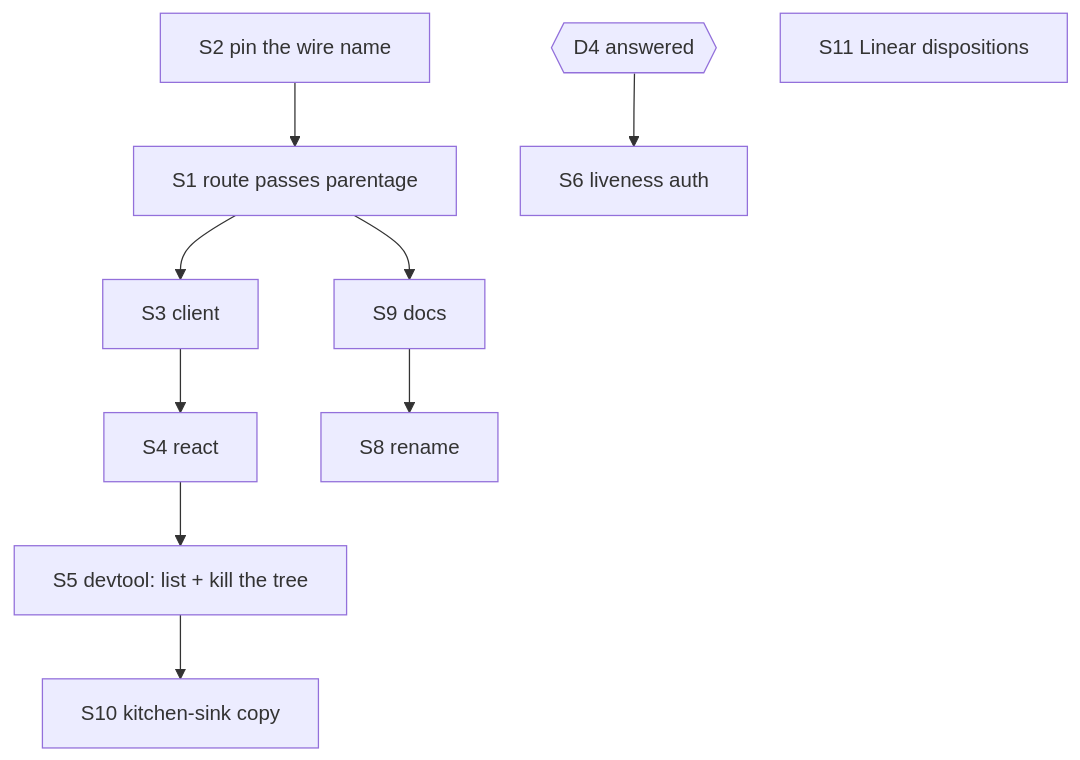
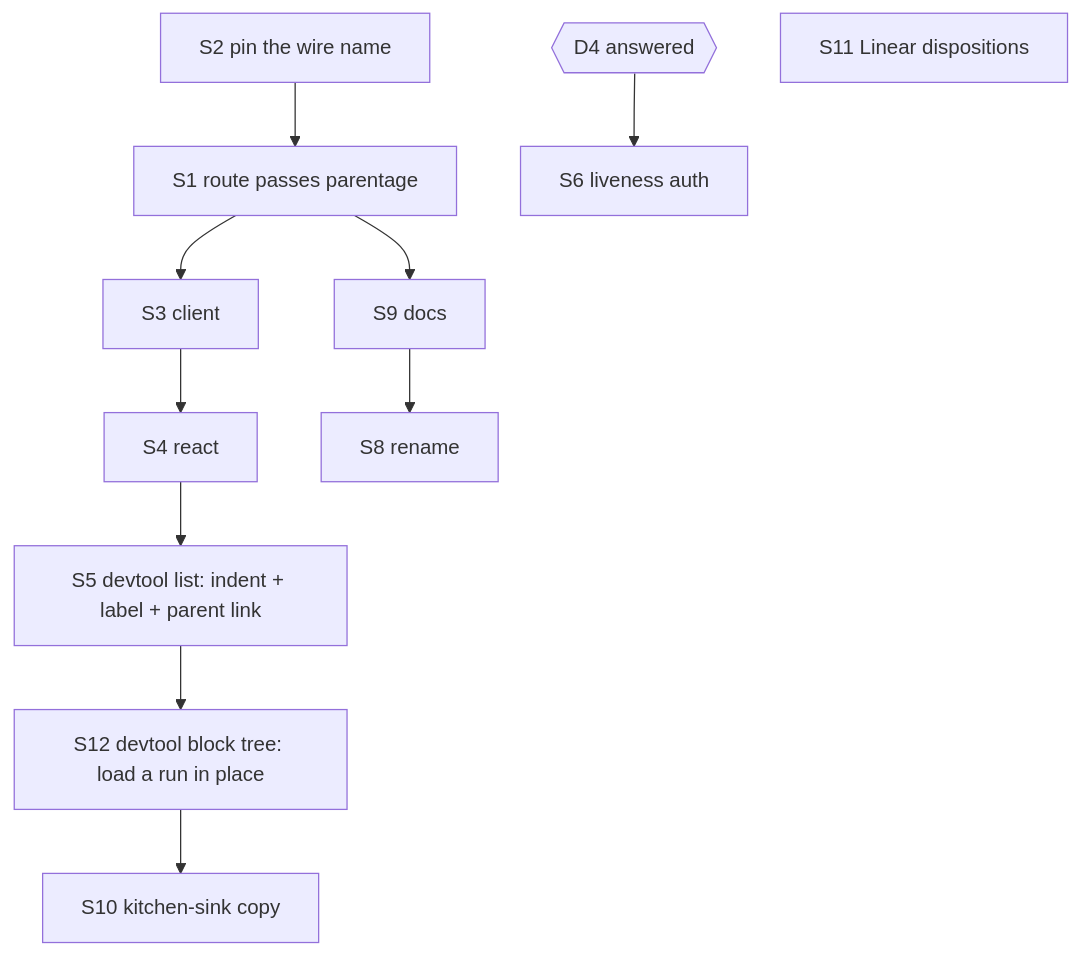
Before and after one commit to fixpoint-labs/flow-state-dev: the diagram in spec/FIX-1440/PLAN.md, drawn with Mermaid. The commit also changed other lines of this file and 6 other files, not shown here.

````diff
--- a/spec/FIX-1440/PLAN.md
+++ b/spec/FIX-1440/PLAN.md
@@ -36,12 +38,13 @@
 ```mermaid
 flowchart TD
   S2[S2 pin the wire name] --> S1[S1 route passes parentage]
   S1 --> S3[S3 client]
   S3 --> S4[S4 react]
-  S4 --> S5[S5 devtool: list + kill the tree]
-  S5 --> S10[S10 kitchen-sink copy]
+  S4 --> S5[S5 devtool list: indent + label + parent link]
+  S5 --> S12[S12 devtool block tree: load a run in place]
+  S12 --> S10[S10 kitchen-sink copy]
   S1 --> S9[S9 docs]
   S9 --> S8[S8 rename]
   D4{{D4 answered}} --> S6[S6 liveness auth]
   S11[S11 Linear dispositions]
 ```
````
